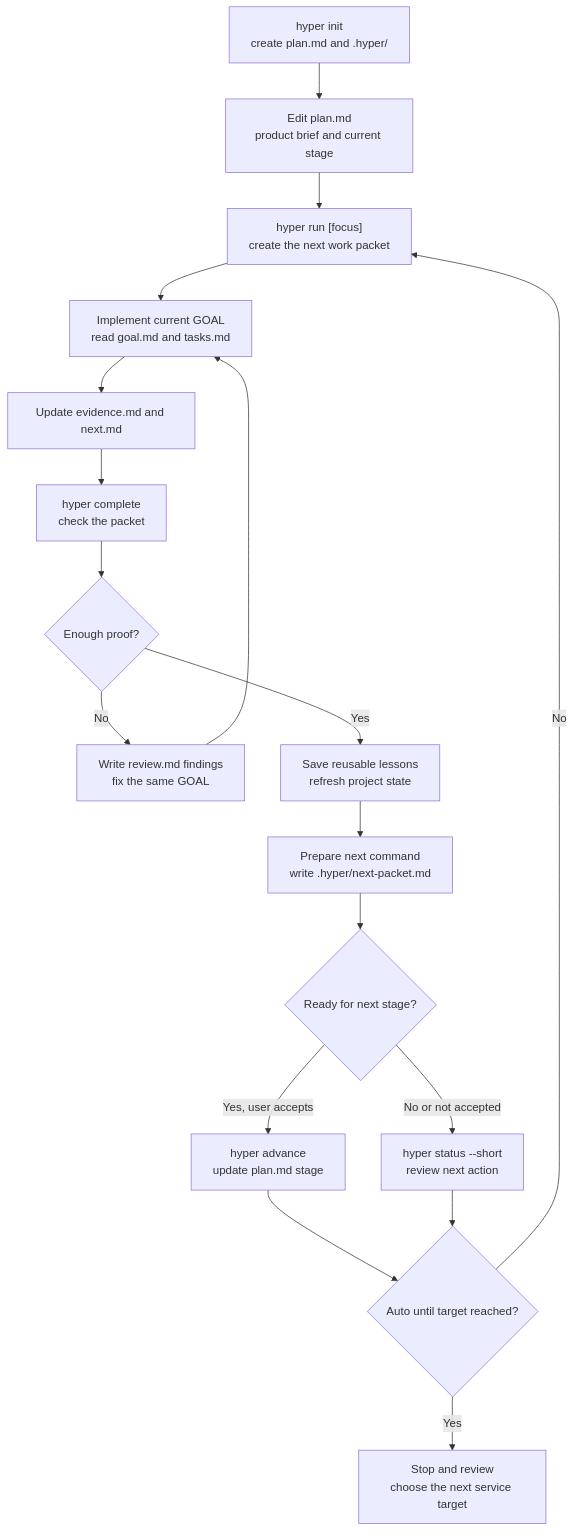
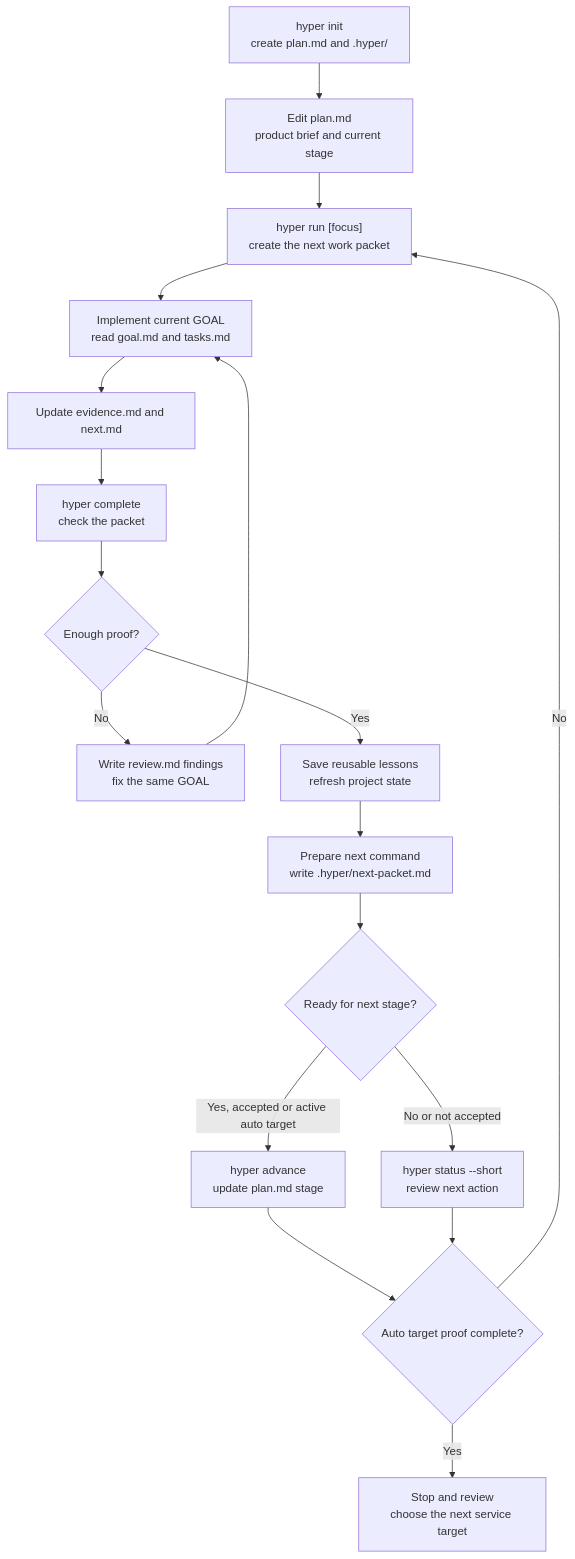
One commit to KoreanCode/orange-hyper-run changed the diagram in README.md. Above: the diagram before and after it, drawn with Mermaid. The commit also changed other lines of this file and 31 other files, not shown here.

Commit message:
Add plan-target auto run guards

````diff
--- a/README.md
+++ b/README.md
@@ -142,20 +147,20 @@
 ```mermaid
 flowchart TD
   A["hyper init<br/>create plan.md and .hyper/"] --> B["Edit plan.md<br/>product brief and current stage"]
   B --> C["hyper run [focus]<br/>create the next work packet"]
   C --> D["Implement current GOAL<br/>read goal.md and tasks.md"]
   D --> E["Update evidence.md and next.md"]
   E --> F["hyper complete<br/>check the packet"]
   F --> G{"Enough proof?"}
   G -- "No" --> H["Write review.md findings<br/>fix the same GOAL"]
   H --> D
   G -- "Yes" --> I["Save reusable lessons<br/>refresh project state"]
   I --> J["Prepare next command<br/>write .hyper/next-packet.md"]
   J --> K{"Ready for next stage?"}
-  K -- "Yes, user accepts" --> L["hyper advance<br/>update plan.md stage"]
+  K -- "Yes, accepted or active auto target" --> L["hyper advance<br/>update plan.md stage"]
   K -- "No or not accepted" --> M["hyper status --short<br/>review next action"]
-  L --> N{"Auto until target reached?"}
+  L --> N{"Auto target proof complete?"}
   M --> N
   N -- "No" --> C
   N -- "Yes" --> O["Stop and review<br/>choose the next service target"]
 ```
````
